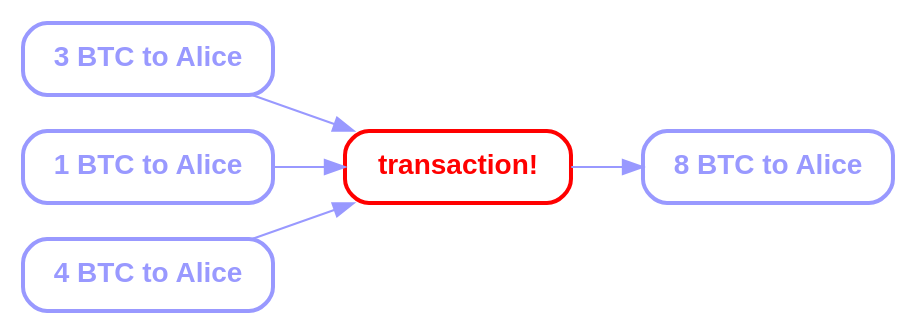
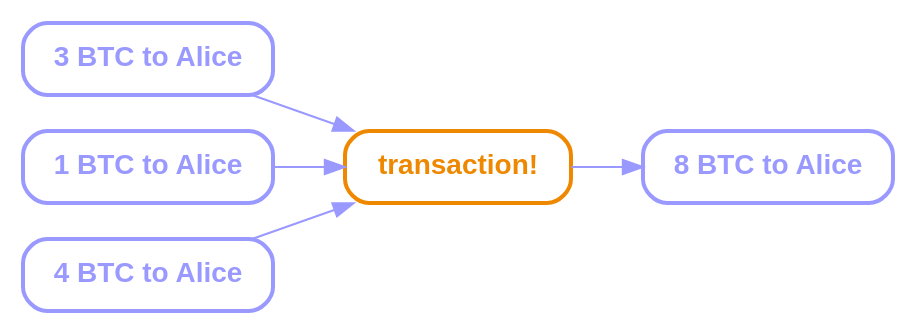
The diagram in img/transactions-3.gv (bluegraybox/BTCSplain), drawn with Graphviz before and after one commit. The commit also changed 13 other files, not shown here.

```diff
--- a/img/transactions-3.gv
+++ b/img/transactions-3.gv
@@ -1,26 +1,26 @@
 digraph G {
     rankdir=LR;
     graph [
         K=1.0,
         overlap=false,
         splines = spline,
     ];
     node [
         shape=box
         style="rounded,bold"
         color="#9999ff",
         fontcolor="#9999ff",
         fontname="Helvetica-bold",
     ];
     edge [
         # arrowsize=2,
         color="#9999ff",
     ];
-    "transaction!" [color=red, fontcolor=red]
+    "transaction!" [color="#ee8800", fontcolor="#ee8800"]
 
     "3 BTC to Alice" -> "transaction!"
     "1 BTC to Alice" -> "transaction!"
     "4 BTC to Alice" -> "transaction!"
 
     "transaction!" -> "8 BTC to Alice"
 }
```
